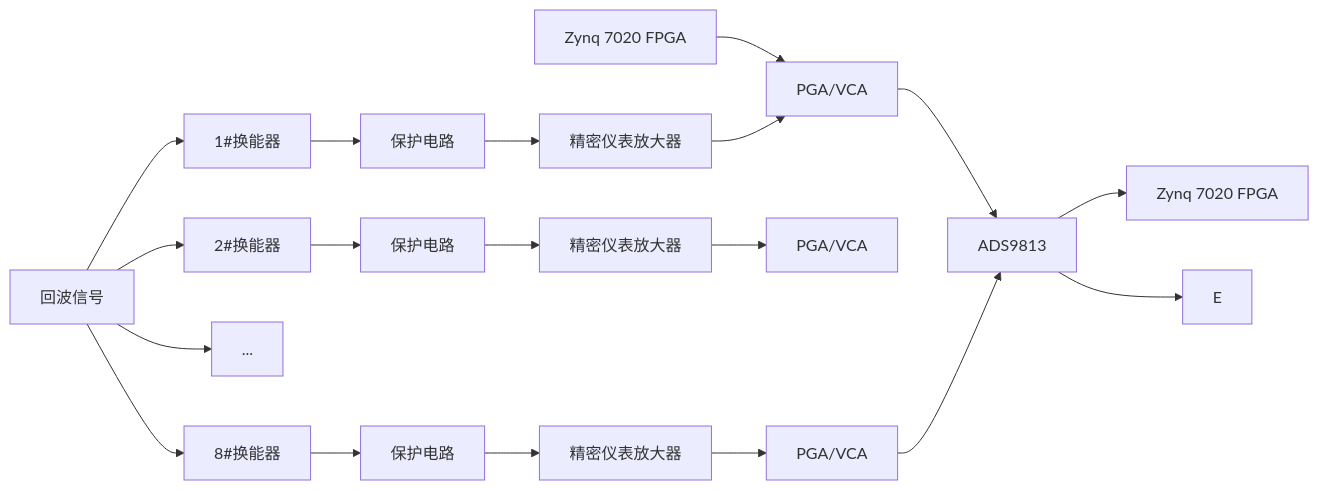
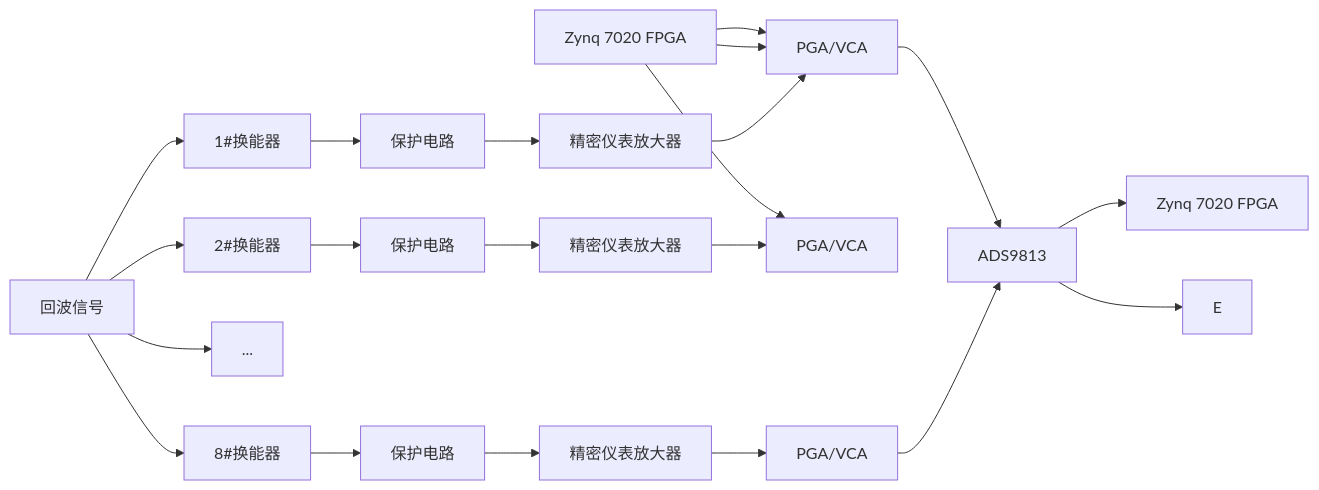
The diagram in all/多通道同步采集-1.md (Rukawa15/iodraw-files), drawn with Mermaid before and after one commit.

Commit message:
2025-06-19 14:11:23 update

````diff
--- a/all/多通道同步采集-1.md
+++ b/all/多通道同步采集-1.md
@@ -1,23 +1,25 @@
 ```mermaid
 graph LR
 A[回波信号]
 A --> B1[1#换能器]
 A --> B2[2#换能器]
 A --> ...
 A --> B8[8#换能器]
 B1 --> C1[保护电路]
 B2 --> C2[保护电路]
 B8 --> C8[保护电路]
+H[Zynq 7020 FPGA] --> E1
+H[Zynq 7020 FPGA] --> E2
 H[Zynq 7020 FPGA] --> E1
 C1 --> D1[精密仪表放大器]
 C2 --> D2[精密仪表放大器] 
 C8 --> D8[精密仪表放大器] 
 D1 --> E1[PGA/VCA]
 D2 --> E2[PGA/VCA] 
 D8 --> E8[PGA/VCA] 
 E1 --> F[ADS9813]
 E8 --> F[ADS9813] 
 F --> G[Zynq 7020 FPGA]
 F --> E
 
 ```
````
